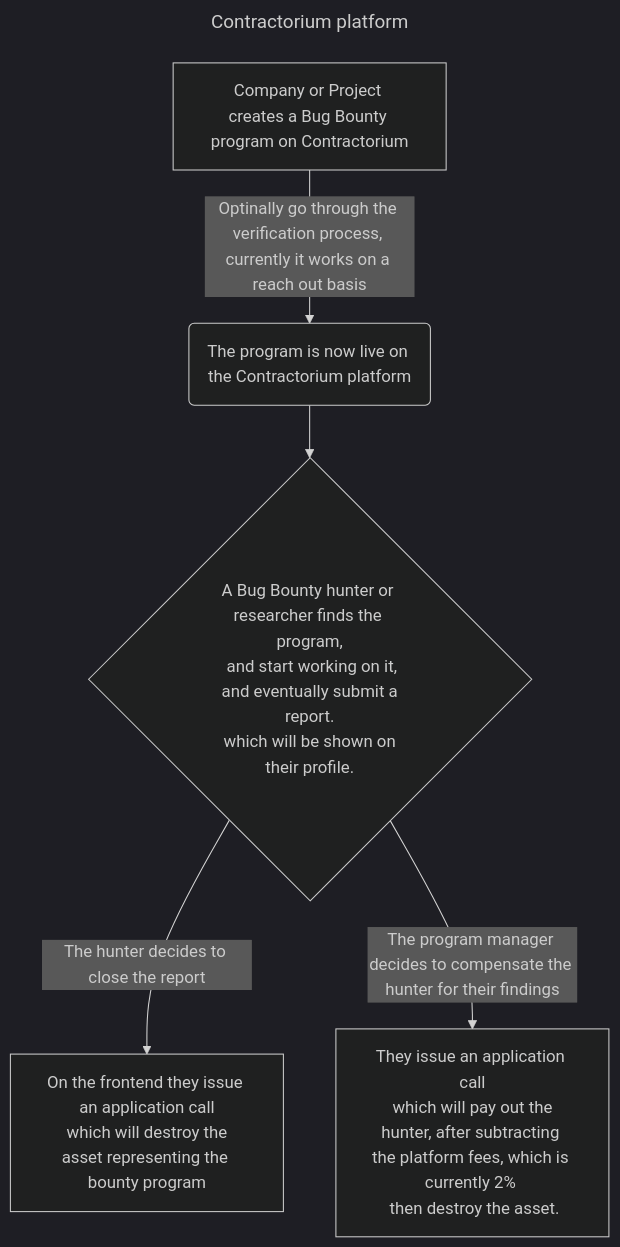
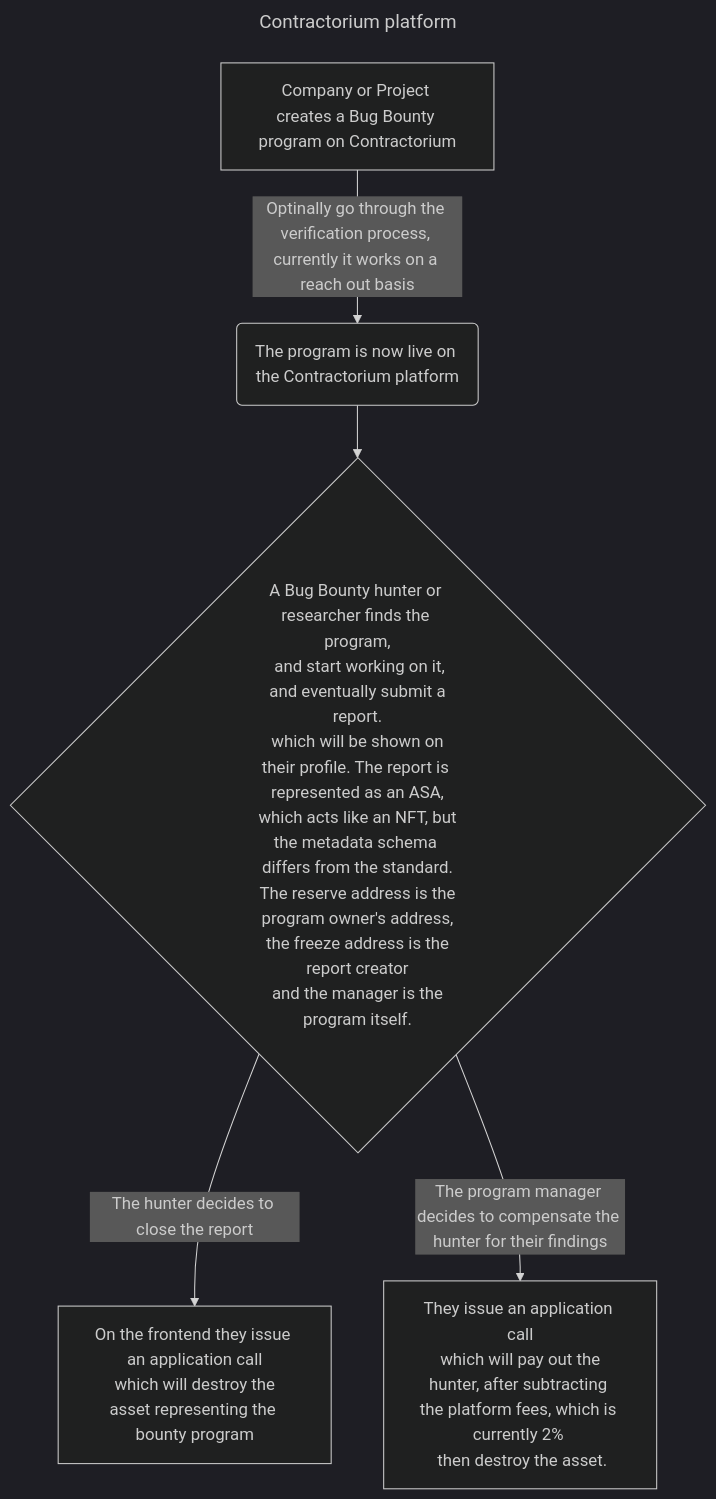
Before and after one commit to D0rs4n/contractorium-frontend: the diagram in README.md, drawn with Mermaid (dark theme). The commit also changed other lines of this file, not shown here.

Commit message:
Extend mermaid graph.

````diff
--- a/README.md
+++ b/README.md
@@ -11,11 +11,11 @@
 ```mermaid
 ---
 title: Contractorium platform
 ---
 graph TD
     A[Company or Project creates a Bug Bounty program on Contractorium] -->|Optinally go through the verification process, currently it works on a reach out basis| B(The program is now live on the Contractorium platform)
-    B --> C{A Bug Bounty hunter or researcher finds the program,\n and start working on it,\n and eventually submit a report.\n which will be shown on their profile.}
+    B --> C{A Bug Bounty hunter or researcher finds the program,\n and start working on it,\n and eventually submit a report.\n which will be shown on their profile. The report is represented as an ASA,\n which acts like an NFT, but the metadata schema differs from the standard.\n The reserve address is the program owner's address,\n the freeze address is the report creator\n and the manager is the program itself.}
     C -->|The hunter decides to close the report| D[On the frontend they issue an application call\n which will destroy the asset representing the bounty program]
     C -->|The program manager decides to compensate the hunter for their findings| E[They issue an application call\n which will pay out the hunter, after subtracting the platform fees, which is currently 2% \n then destroy the asset.]
   
 ```
````
